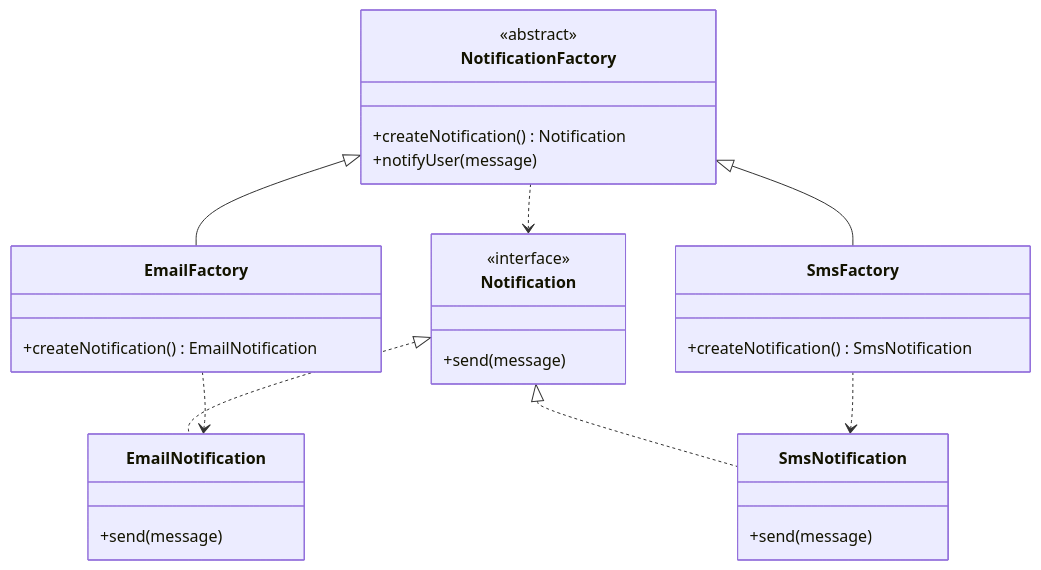
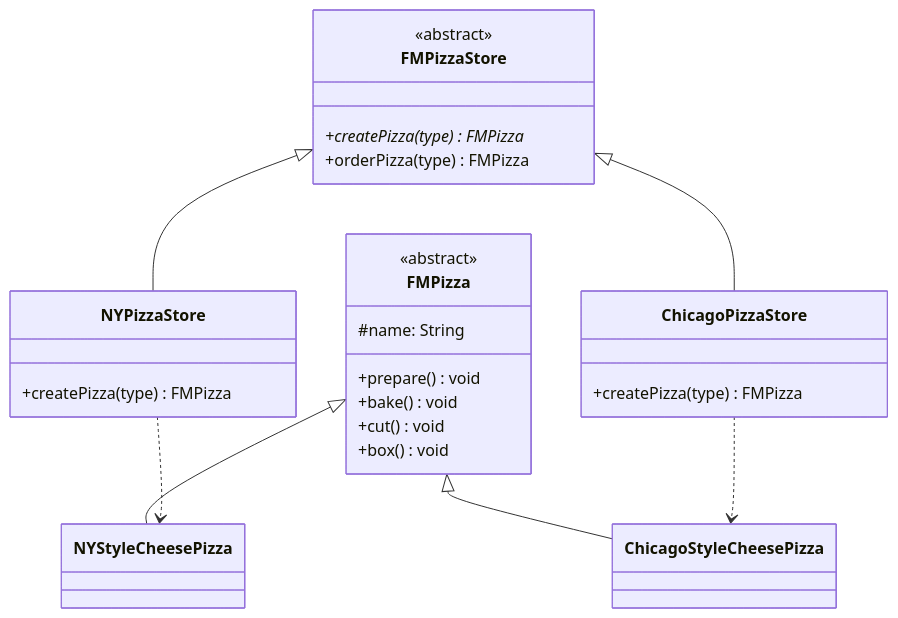
Before and after one commit to luguosong/programming-notes: the diagram in docs/topic/design-patterns/creational-patterns/factory-method/index.md, drawn with Mermaid. The commit also changed other lines of this file and 24 other files, not shown here.

````diff
--- a/docs/topic/design-patterns/creational-patterns/factory-method/index.md
+++ b/docs/topic/design-patterns/creational-patterns/factory-method/index.md
@@ -25,31 +38,32 @@
 ```mermaid
 classDiagram
-    class NotificationFactory {
+    class FMPizzaStore {
         <<abstract>>
-        +createNotification() Notification
-        +notifyUser(message)
+        +createPizza(type) FMPizza*
+        +orderPizza(type) FMPizza
     }
-    class EmailFactory {
-        +createNotification() EmailNotification
+    class NYPizzaStore {
+        +createPizza(type) FMPizza
     }
-    class SmsFactory {
-        +createNotification() SmsNotification
+    class ChicagoPizzaStore {
+        +createPizza(type) FMPizza
     }
-    class Notification {
-        <<interface>>
-        +send(message)
+    class FMPizza {
+        <<abstract>>
+        #name: String
+        +prepare() void
+        +bake() void
+        +cut() void
+        +box() void
     }
-    class EmailNotification {
-        +send(message)
+    class NYStyleCheesePizza {
     }
-    class SmsNotification {
-        +send(message)
+    class ChicagoStyleCheesePizza {
     }
-    NotificationFactory <|-- EmailFactory
-    NotificationFactory <|-- SmsFactory
-    Notification <|.. EmailNotification
-    Notification <|.. SmsNotification
-    NotificationFactory ..> Notification
-    EmailFactory ..> EmailNotification
-    SmsFactory ..> SmsNotification
+    FMPizzaStore <|-- NYPizzaStore
+    FMPizzaStore <|-- ChicagoPizzaStore
+    FMPizza <|-- NYStyleCheesePizza
+    FMPizza <|-- ChicagoStyleCheesePizza
+    NYPizzaStore ..> NYStyleCheesePizza
+    ChicagoPizzaStore ..> ChicagoStyleCheesePizza
 ```
````
